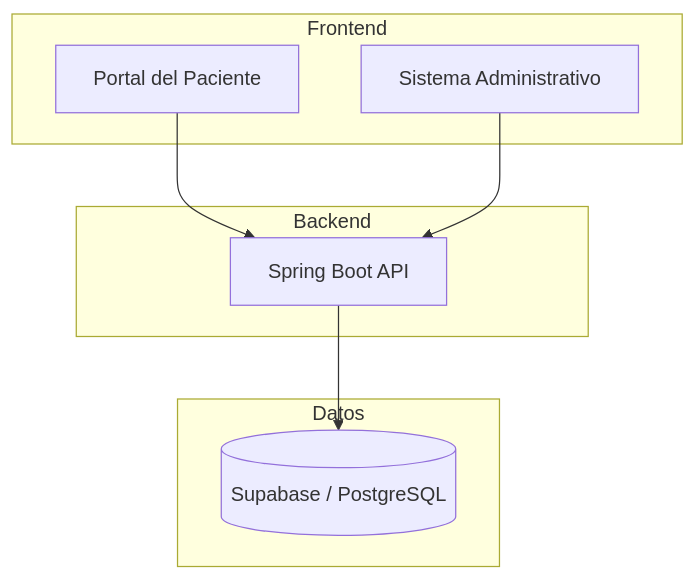
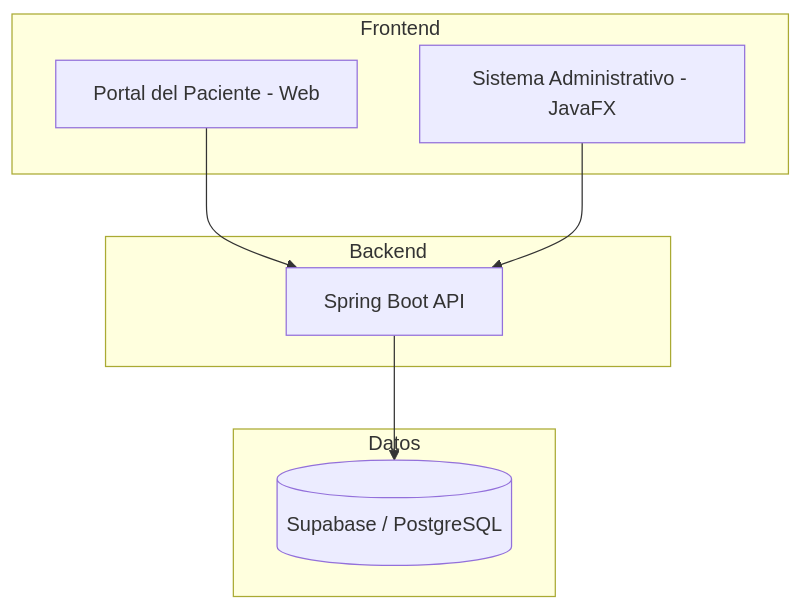
Before and after one commit to leesther/consultorio-dental: the diagram in README.md, drawn with Mermaid.

````diff
--- a/README.md
+++ b/README.md
@@ -8,20 +8,20 @@
 ```mermaid
 graph TD
     subgraph Frontend
-        P[Portal del Paciente]
-        A[Sistema Administrativo]
+        P[Portal del Paciente - Web]
+        A[Sistema Administrativo - JavaFX]
     end
     
     subgraph Backend
         API[Spring Boot API]
     end
     
     subgraph Datos
         DB[(Supabase / PostgreSQL)]
     end
     
     P --> API
     A --> API
     API --> DB
 
 ```
````
